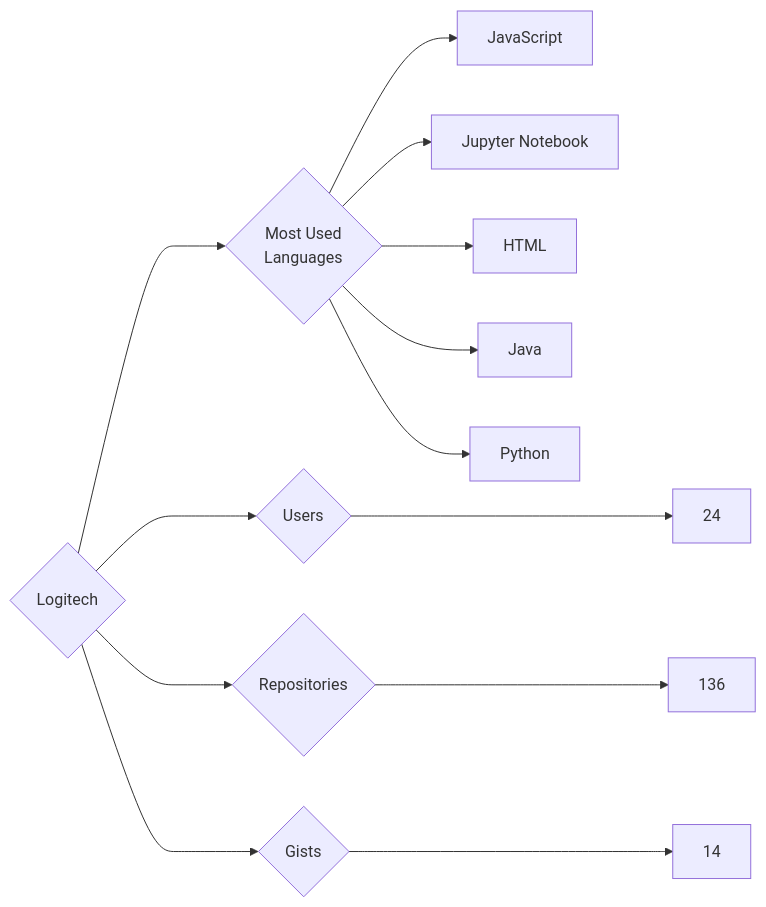
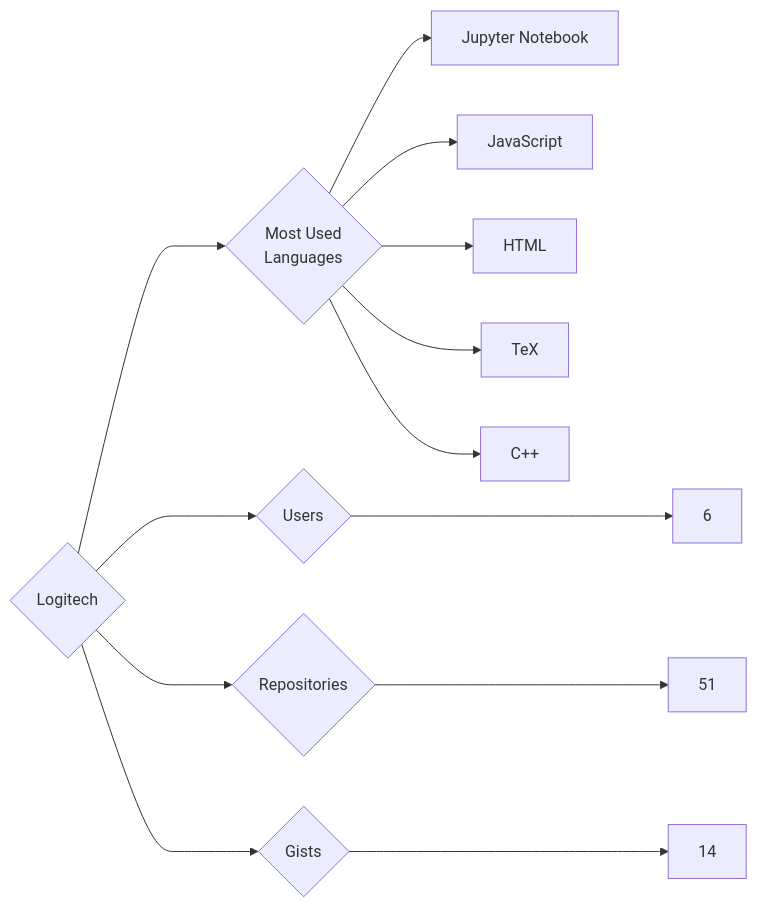
One commit to trickest/insiders changed the diagram in targets/Logitech/README.md. Above: the diagram before and after it, drawn with Mermaid. The commit also changed 823 other files, not shown here.

````diff
--- a/targets/Logitech/README.md
+++ b/targets/Logitech/README.md
@@ -3,13 +3,13 @@
 ```mermaid
 graph LR
 COMPANY_NAME{Logitech}
-COMPANY_NAME ---> U{Users} ---> UN[24]
-COMPANY_NAME ---> R{Repositories} ---> RN[136]
+COMPANY_NAME ---> U{Users} ---> UN[6]
+COMPANY_NAME ---> R{Repositories} ---> RN[51]
 COMPANY_NAME ---> G{Gists} ---> GN[14]
 COMPANY_NAME ---> ML{Most Used<br>Languages}
+ML --> Jupyter_Notebook[Jupyter Notebook]
 ML --> JavaScript[JavaScript]
-ML --> Jupyter_Notebook[Jupyter Notebook]
 ML --> HTML[HTML]
-ML --> Java[Java]
-ML --> Python[Python]
+ML --> TeX[TeX]
+ML --> C++[C++]
 ```
````
